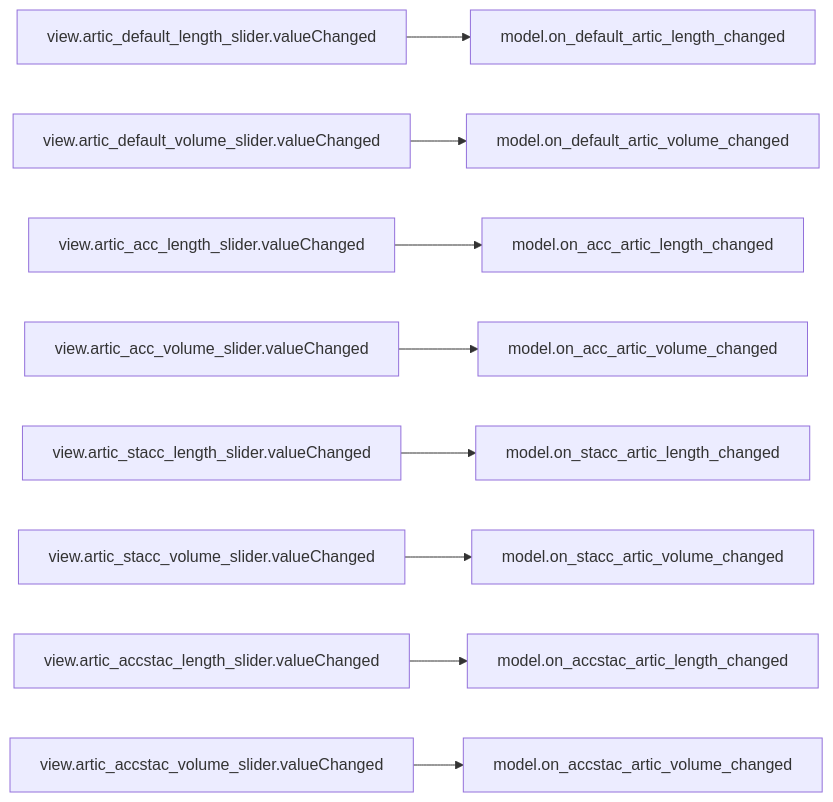
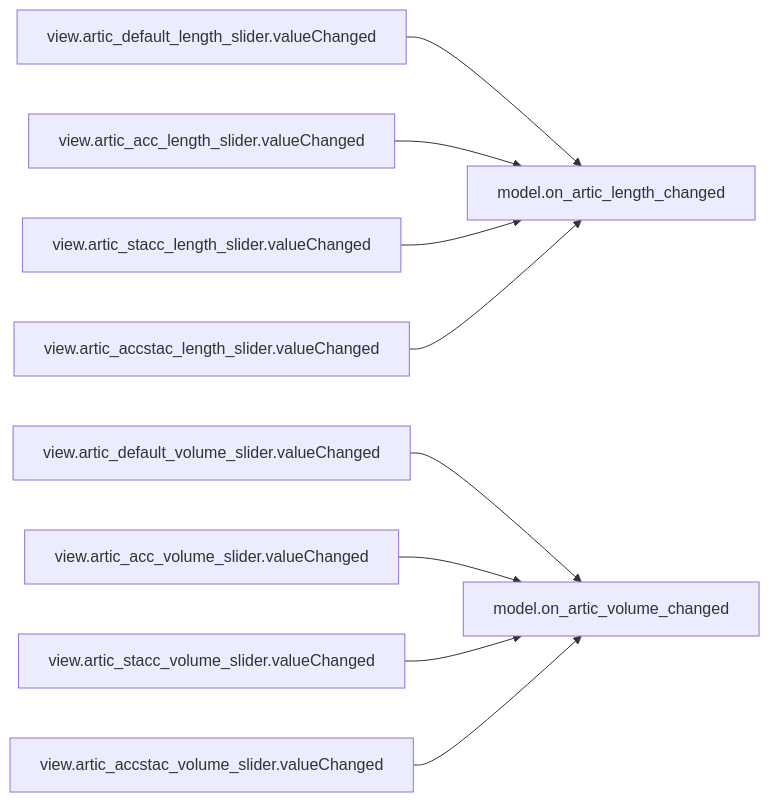
Before and after one commit to com-posers-pit/smw_music: the fifth of 8 diagrams in doc/source/dashboard_signal_slot_map.rst, drawn with Mermaid. The commit also changed other lines of this file and 3 other files, not shown here.

```diff
--- a/doc/source/dashboard_signal_slot_map.rst
+++ b/doc/source/dashboard_signal_slot_map.rst
@@ -98,11 +98,11 @@
 .. mermaid::
 
    flowchart LR
-      view.artic_default_length_slider.valueChanged --> model.on_default_artic_length_changed
-      view.artic_default_volume_slider.valueChanged --> model.on_default_artic_volume_changed
-      view.artic_acc_length_slider.valueChanged --> model.on_acc_artic_length_changed
-      view.artic_acc_volume_slider.valueChanged --> model.on_acc_artic_volume_changed
-      view.artic_stacc_length_slider.valueChanged --> model.on_stacc_artic_length_changed
-      view.artic_stacc_volume_slider.valueChanged --> model.on_stacc_artic_volume_changed
-      view.artic_accstac_length_slider.valueChanged --> model.on_accstac_artic_length_changed
-      view.artic_accstac_volume_slider.valueChanged --> model.on_accstac_artic_volume_changed
+      view.artic_default_length_slider.valueChanged --> model.on_artic_length_changed
+      view.artic_default_volume_slider.valueChanged --> model.on_artic_volume_changed
+      view.artic_acc_length_slider.valueChanged --> model.on_artic_length_changed
+      view.artic_acc_volume_slider.valueChanged --> model.on_artic_volume_changed
+      view.artic_stacc_length_slider.valueChanged --> model.on_artic_length_changed
+      view.artic_stacc_volume_slider.valueChanged --> model.on_artic_volume_changed
+      view.artic_accstac_length_slider.valueChanged --> model.on_artic_length_changed
+      view.artic_accstac_volume_slider.valueChanged --> model.on_artic_volume_changed
```
